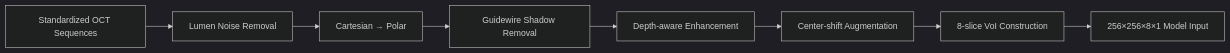
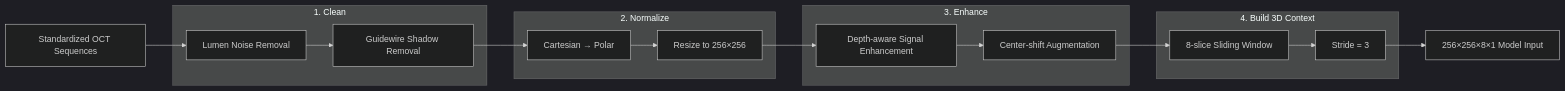
One commit to ChengYuChing/3D-DLimage-segmentation changed the third of 5 diagrams in README.md. Above: the diagram before and after it, drawn with Mermaid (dark theme). The commit also changed other lines of this file, not shown here.

Commit message:
Refine P2 highlights and redesign P3 workflow

````diff
--- a/README.md
+++ b/README.md
@@ -146,10 +145,36 @@
 ```mermaid
 flowchart LR
-    A["Standardized OCT Sequences"] --> B["Lumen Noise Removal"]
-    B --> C["Cartesian → Polar"]
-    C --> D["Guidewire Shadow Removal"]
-    D --> E["Depth-aware Enhancement"]
-    E --> F["Center-shift Augmentation"]
-    F --> G["8-slice VoI Construction"]
-    G --> H["256×256×8×1 Model Input"]
+    A["Standardized OCT Sequences"]
+
+    subgraph S1["1. Clean"]
+        B["Lumen Noise Removal"]
+        C["Guidewire Shadow Removal"]
+    end
+
+    subgraph S2["2. Normalize"]
+        D["Cartesian → Polar"]
+        E["Resize to 256×256"]
+    end
+
+    subgraph S3["3. Enhance"]
+        F["Depth-aware Signal Enhancement"]
+        G["Center-shift Augmentation"]
+    end
+
+    subgraph S4["4. Build 3D Context"]
+        H["8-slice Sliding Window"]
+        I["Stride = 3"]
+    end
+
+    J["256×256×8×1 Model Input"]
+
+    A --> B
+    B --> C
+    C --> D
+    D --> E
+    E --> F
+    F --> G
+    G --> H
+    H --> I
+    I --> J
 ```
````
